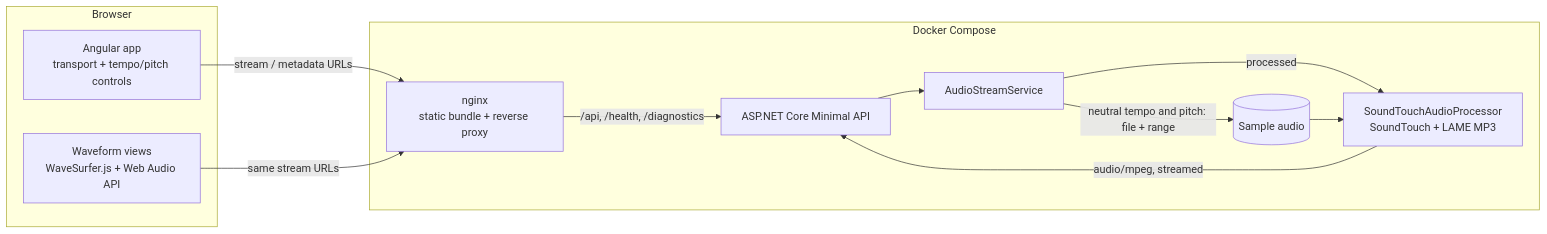
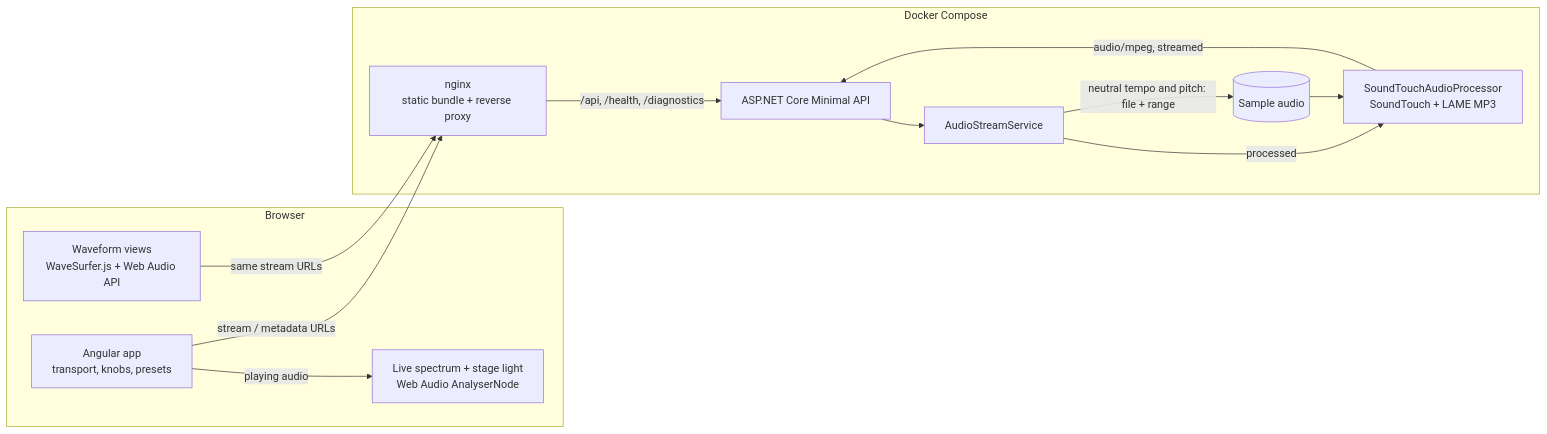
The diagram in README.md (julipetric/pitch-shifter-demo), drawn with Mermaid before and after one commit. The commit also changed other lines of this file and 61 other files, not shown here.

````diff
--- a/README.md
+++ b/README.md
@@ -35,24 +46,26 @@
 ```mermaid
 flowchart LR
   subgraph Browser
-    UI["Angular app<br/>transport + tempo/pitch controls"]
+    UI["Angular app<br/>transport, knobs, presets"]
     WF["Waveform views<br/>WaveSurfer.js + Web Audio API"]
+    AN["Live spectrum + stage light<br/>Web Audio AnalyserNode"]
   end
 
   subgraph Server["Docker Compose"]
     NGINX["nginx<br/>static bundle + reverse proxy"]
     API["ASP.NET Core Minimal API"]
     SVC["AudioStreamService"]
     PROC["SoundTouchAudioProcessor<br/>SoundTouch + LAME MP3"]
     FILES[("Sample audio")]
   end
 
   UI -->|"stream / metadata URLs"| NGINX
   WF -->|"same stream URLs"| NGINX
+  UI -->|"playing audio"| AN
   NGINX -->|"/api, /health, /diagnostics"| API
   API --> SVC
   SVC -->|"neutral tempo and pitch: file + range"| FILES
   SVC -->|"processed"| PROC
   FILES --> PROC
   PROC -->|"audio/mpeg, streamed"| API
 ```
````
